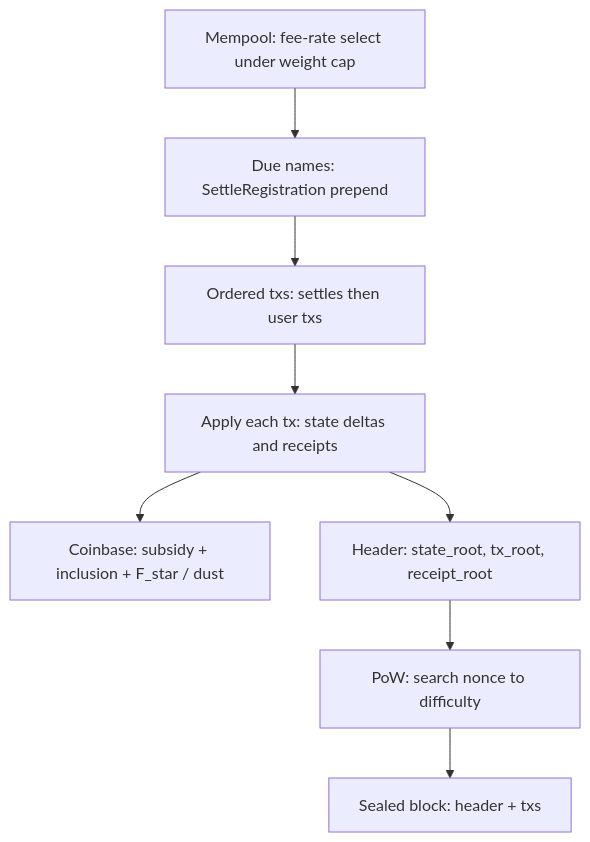
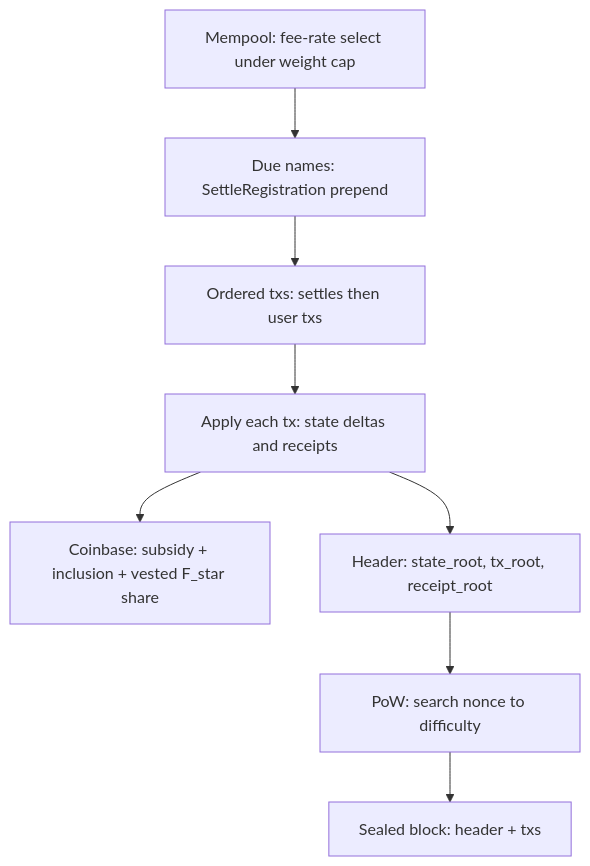
The second of 5 diagrams in docs/whitepaper/guld-2.0-draft.md (isysd-mirror/guld2), drawn with Mermaid before and after one commit. The commit also changed other lines of this file and 31 other files, not shown here.

````diff
--- a/docs/whitepaper/guld-2.0-draft.md
+++ b/docs/whitepaper/guld-2.0-draft.md
@@ -414,14 +414,14 @@
 ```mermaid
 flowchart TD
   mempool["Mempool: fee-rate select under weight cap"]
   due["Due names: SettleRegistration prepend"]
   ordered["Ordered txs: settles then user txs"]
   apply["Apply each tx: state deltas and receipts"]
-  coinbase["Coinbase: subsidy + inclusion + F_star / dust"]
+  coinbase["Coinbase: subsidy + inclusion + vested F_star share"]
   header["Header: state_root, tx_root, receipt_root"]
   pow["PoW: search nonce to difficulty"]
   block["Sealed block: header + txs"]
   mempool --> due --> ordered --> apply
   apply --> coinbase
   apply --> header --> pow --> block
 ```
````
